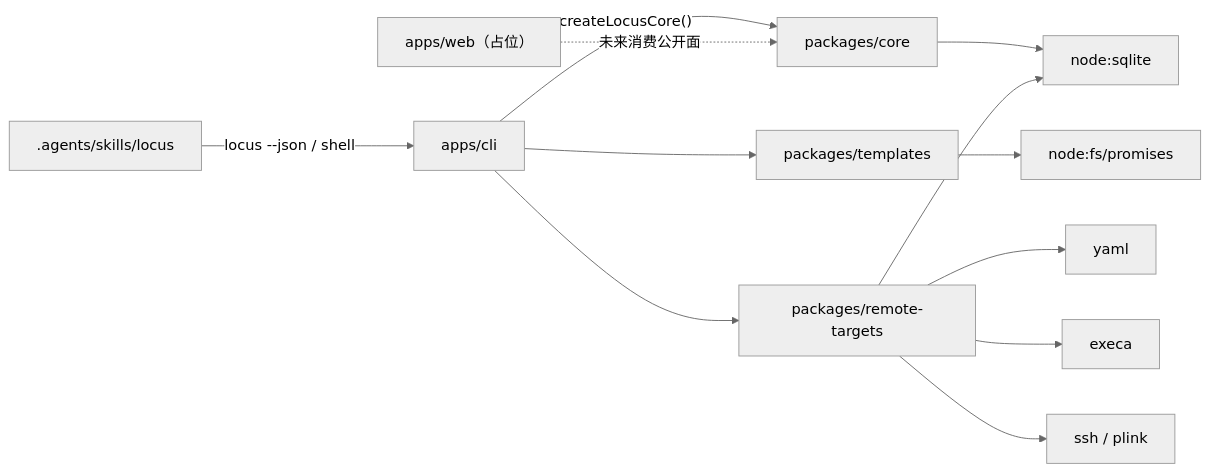
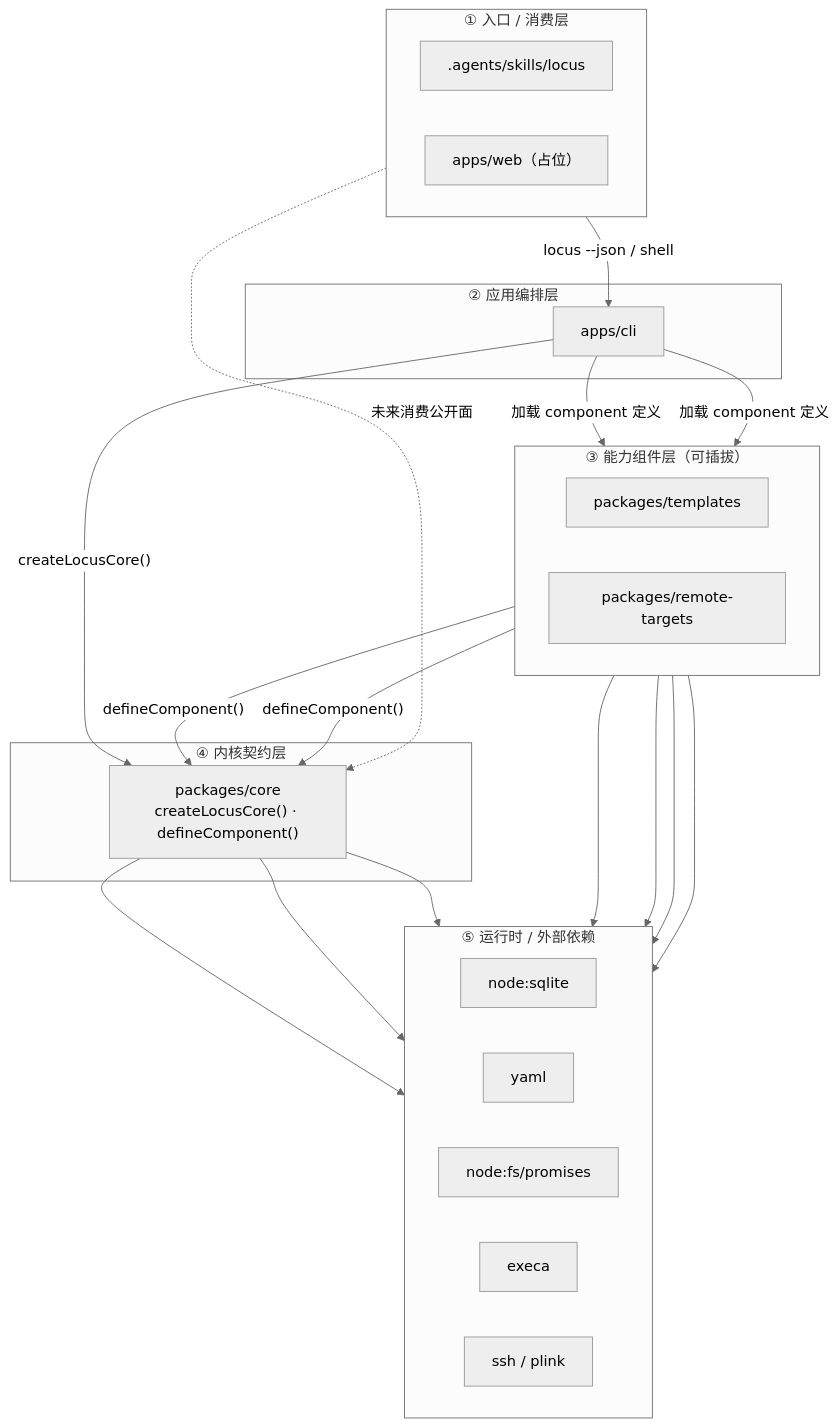
Before and after one commit to SWdrift/locus-workspace: the diagram in docs/architecture.md, drawn with Mermaid (neutral theme). The commit also changed other lines of this file and 49 other files, not shown here.

````diff
--- a/docs/architecture.md
+++ b/docs/architecture.md
@@ -24,14 +26,55 @@
 ```mermaid
-flowchart LR
-    CLI["apps/cli"] -->|"createLocusCore()"| CORE["packages/core"]
-    SKILL[".agents/skills/locus"] -->|"locus --json / shell"| CLI
-    CORE --> SQLITE["node:sqlite"]
-    CLI --> TPL["packages/templates"]
-    TPL --> FS["node:fs/promises"]
-    CLI --> RT["packages/remote-targets"]
-    RT --> YAML["yaml"]
-    RT --> EXECA["execa"]
-    RT --> SQLITE
-    RT --> SSH["ssh / plink"]
-    WEB["apps/web（占位）"] -.->|"未来消费公开面"| CORE
+flowchart TB
+    subgraph L1["① 入口 / 消费层"]
+        direction LR
+        SKILL[".agents/skills/locus"]
+        WEB["apps/web（占位）"]
+    end
+
+    subgraph L2["② 应用编排层"]
+        CLI["apps/cli"]
+    end
+
+    subgraph L3["③ 能力组件层（可插拔）"]
+        direction LR
+        TPL["packages/templates"]
+        RT["packages/remote-targets"]
+    end
+
+    subgraph L4["④ 内核契约层"]
+        CORE["packages/core<br/>createLocusCore() · defineComponent()"]
+    end
+
+    subgraph L5["⑤ 运行时 / 外部依赖"]
+        direction LR
+        SQLITE["node:sqlite"]
+        YAML["yaml"]
+        FS["node:fs/promises"]
+        EXECA["execa"]
+        SSH["ssh / plink"]
+    end
+
+    SKILL -->|"locus --json / shell"| CLI
+    WEB -.->|"未来消费公开面"| CORE
+
+    CLI -->|"加载 component 定义"| TPL
+    CLI -->|"加载 component 定义"| RT
+    CLI -->|"createLocusCore()"| CORE
+
+    TPL -->|"defineComponent()"| CORE
+    RT -->|"defineComponent()"| CORE
+
+    CORE --> SQLITE
+    CORE --> YAML
+    CORE --> EXECA
+    TPL --> FS
+    RT --> YAML
+    RT --> EXECA
+    RT --> SSH
+
+    class SKILL,WEB entry
+    class CLI app
+    class TPL,RT comp
+    class CORE core
+    class SQLITE,YAML,FS,EXECA,SSH infra
 ```
````
